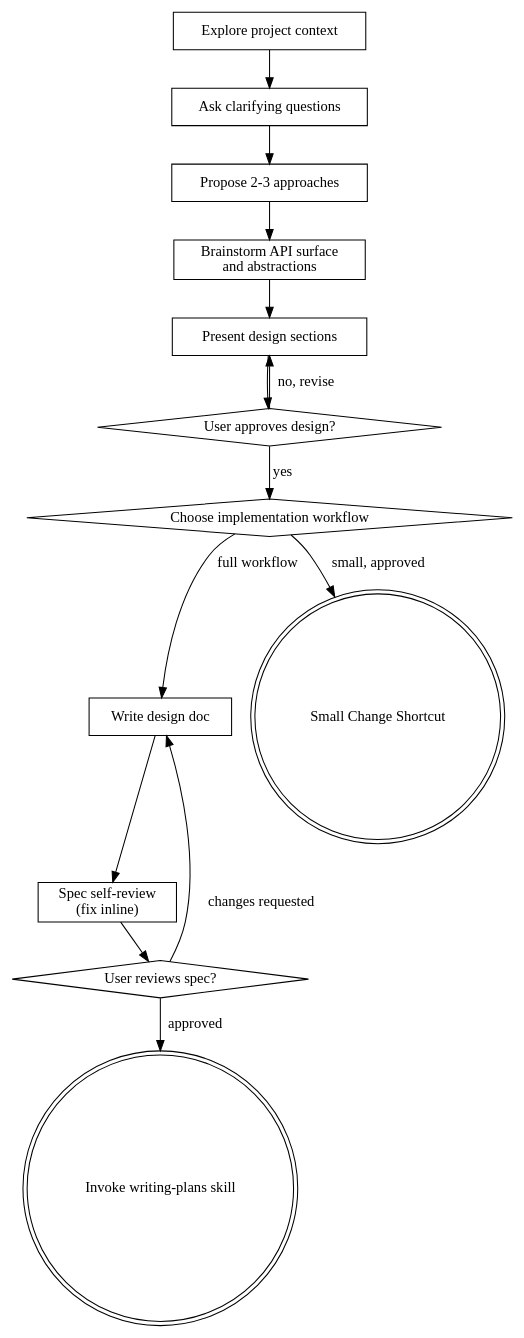
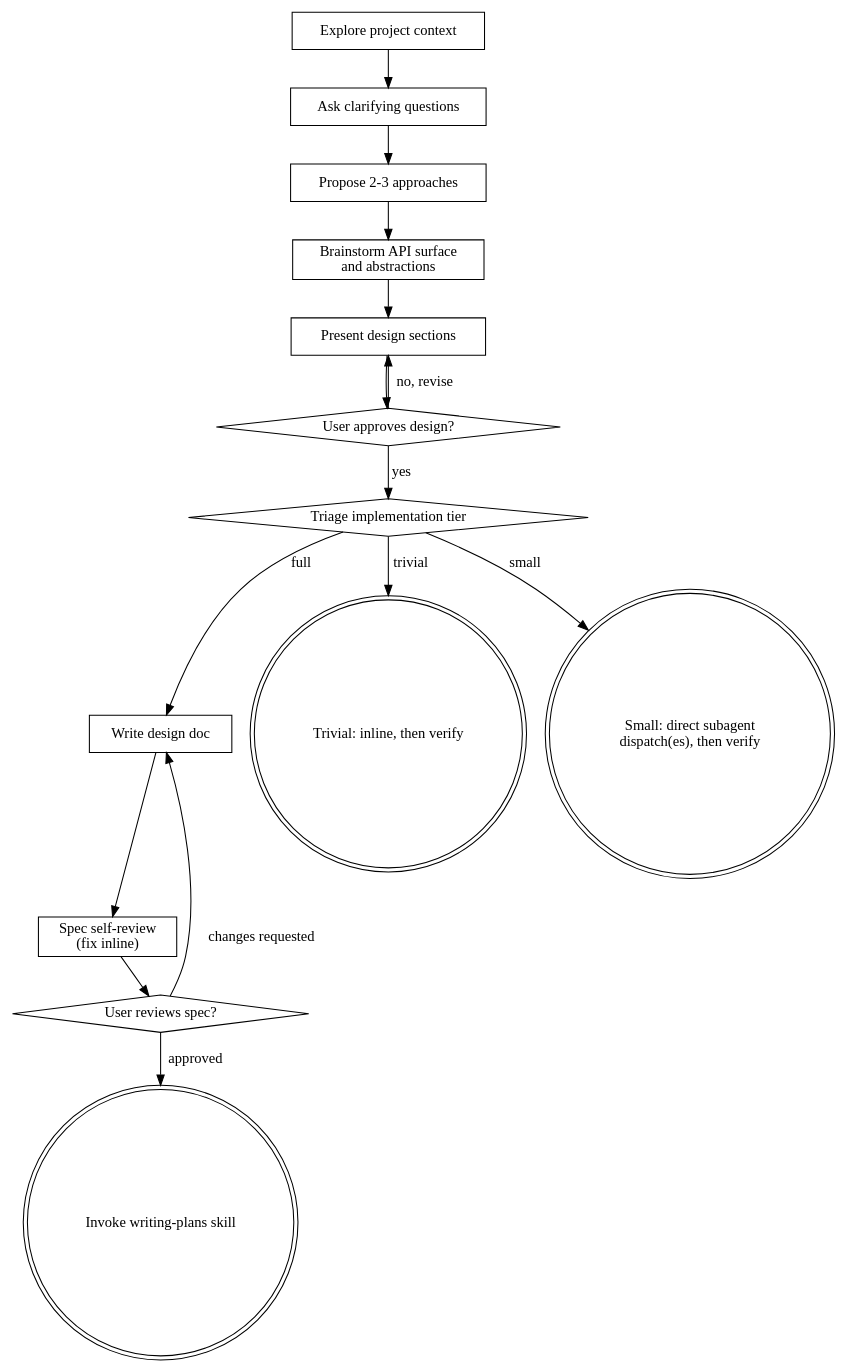
The diagram in skills/brainstorming/SKILL.md (nickguletskii/jj-superpowers), drawn with Graphviz before and after one commit. The commit also changed other lines of this file and 23 other files, not shown here.

Commit message:
feat: add adaptive ceremony workflow design

````diff
--- a/skills/brainstorming/SKILL.md
+++ b/skills/brainstorming/SKILL.md
@@ -48,30 +48,32 @@
 ```dot
 digraph brainstorming {
     "Explore project context" [shape=box];
     "Ask clarifying questions" [shape=box];
     "Propose 2-3 approaches" [shape=box];
     "Brainstorm API surface\nand abstractions" [shape=box];
     "Present design sections" [shape=box];
     "User approves design?" [shape=diamond];
-    "Choose implementation workflow" [shape=diamond];
+    "Triage implementation tier" [shape=diamond];
     "Write design doc" [shape=box];
     "Spec self-review\n(fix inline)" [shape=box];
     "User reviews spec?" [shape=diamond];
-    "Small Change Shortcut" [shape=doublecircle];
+    "Trivial: inline, then verify" [shape=doublecircle];
+    "Small: direct subagent\ndispatch(es), then verify" [shape=doublecircle];
     "Invoke writing-plans skill" [shape=doublecircle];
 
     "Explore project context" -> "Ask clarifying questions";
     "Ask clarifying questions" -> "Propose 2-3 approaches";
     "Propose 2-3 approaches" -> "Brainstorm API surface\nand abstractions";
     "Brainstorm API surface\nand abstractions" -> "Present design sections";
     "Present design sections" -> "User approves design?";
     "User approves design?" -> "Present design sections" [label="no, revise"];
-    "User approves design?" -> "Choose implementation workflow" [label="yes"];
-    "Choose implementation workflow" -> "Small Change Shortcut" [label="small, approved"];
-    "Choose implementation workflow" -> "Write design doc" [label="full workflow"];
+    "User approves design?" -> "Triage implementation tier" [label="yes"];
+    "Triage implementation tier" -> "Trivial: inline, then verify" [label="trivial"];
+    "Triage implementation tier" -> "Small: direct subagent\ndispatch(es), then verify" [label="small"];
+    "Triage implementation tier" -> "Write design doc" [label="full"];
     "Write design doc" -> "Spec self-review\n(fix inline)";
     "Spec self-review\n(fix inline)" -> "User reviews spec?";
     "User reviews spec?" -> "Write design doc" [label="changes requested"];
     "User reviews spec?" -> "Invoke writing-plans skill" [label="approved"];
 }
 ```
````
